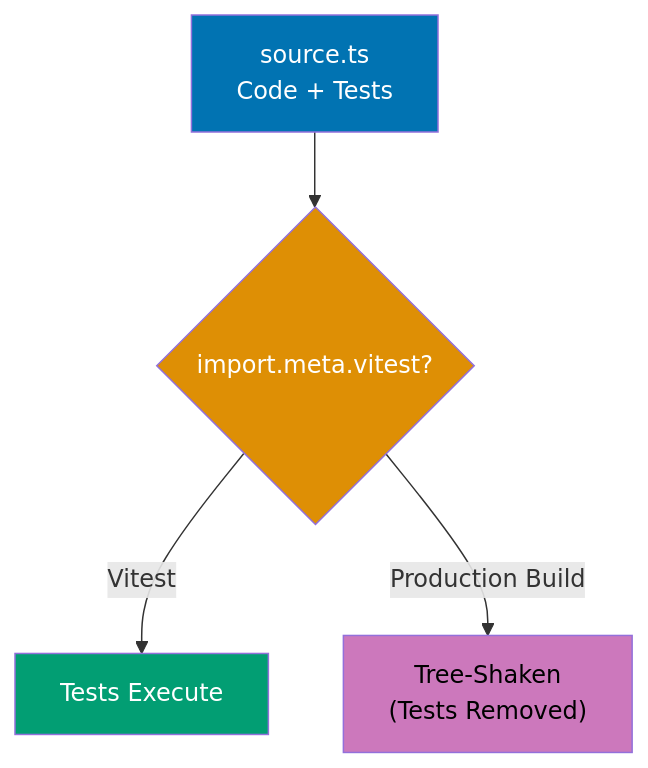
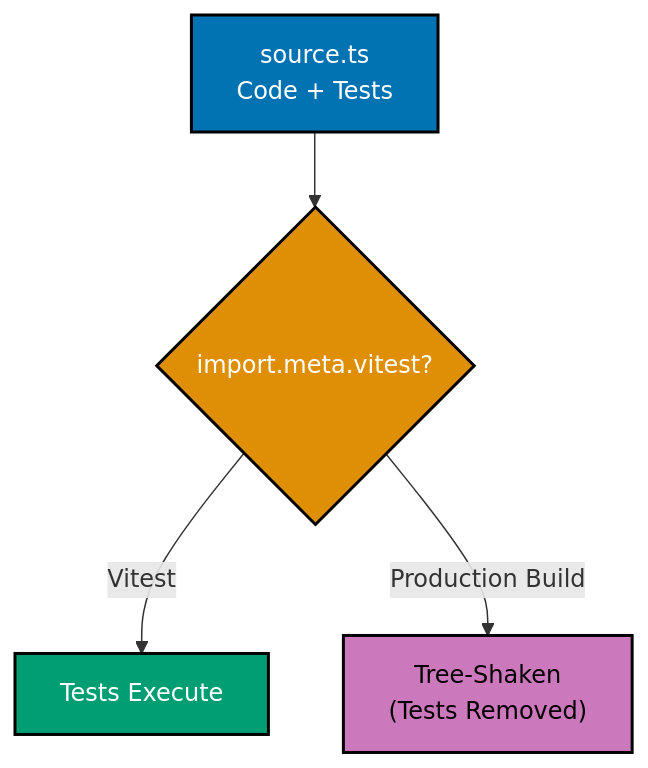
One commit to wahidyankf/open-sharia-enterprise changed the seventh of 9 diagrams in apps/ayokoding-web/content/en/learn/software-engineering/automation-testing/tools/vitest/by-example/intermediate.md. Above: the diagram before and after it, drawn with Mermaid. The commit also changed other lines of this file and 13 other files, not shown here.

````diff
--- a/apps/ayokoding-web/content/en/learn/software-engineering/automation-testing/tools/vitest/by-example/intermediate.md
+++ b/apps/ayokoding-web/content/en/learn/software-engineering/automation-testing/tools/vitest/by-example/intermediate.md
@@ -1221,12 +1221,12 @@
 ```mermaid
 %% Color Palette: Blue #0173B2, Orange #DE8F05, Teal #029E73, Purple #CC78BC, Brown #CA9161
 graph TD
     A["source.ts<br/>Code + Tests"] --> B{"import.meta.vitest?"}
     B -->|Vitest| C["Tests Execute"]
     B -->|Production Build| D["Tree-Shaken<br/>#40;Tests Removed#41;"]
 
-    style A fill:#0173B2,color:#fff
-    style B fill:#DE8F05,color:#fff
-    style C fill:#029E73,color:#fff
-    style D fill:#CC78BC,color:#000
+    style A fill:#0173B2,stroke:#000000,stroke-width:2px,color:#fff
+    style B fill:#DE8F05,stroke:#000000,stroke-width:2px,color:#fff
+    style C fill:#029E73,stroke:#000000,stroke-width:2px,color:#fff
+    style D fill:#CC78BC,stroke:#000000,stroke-width:2px,color:#000
 ```
````
